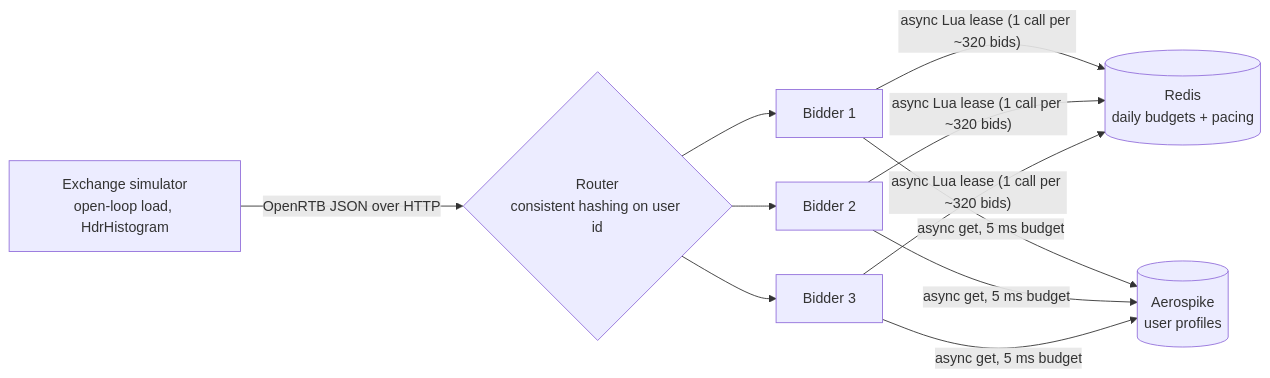
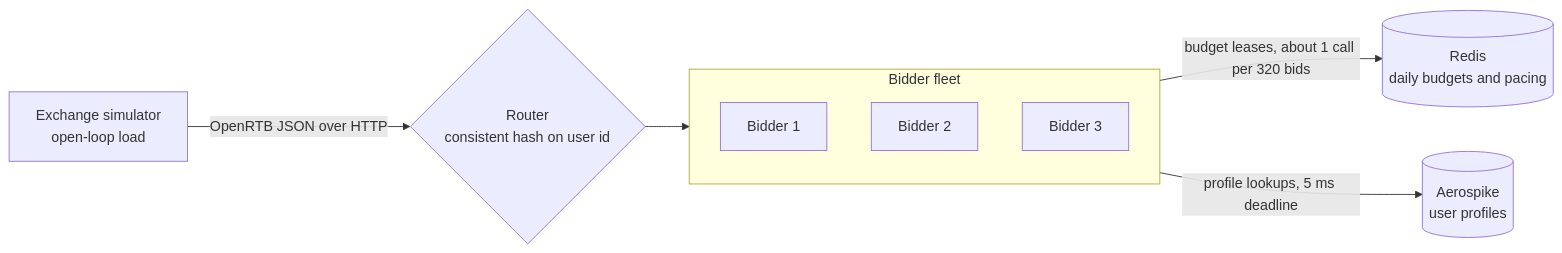
One commit to Sakshi3027/rtb-platform changed the diagram in README.md. Above: the diagram before and after it, drawn with Mermaid. The commit also changed other lines of this file, not shown here.

Commit message:
docs: simplify architecture diagram and fix README formatting

````diff
--- a/README.md
+++ b/README.md
@@ -22,9 +22,12 @@
 ```mermaid
 flowchart LR
-    SIM["Exchange simulator<br/>open-loop load, HdrHistogram"] -->|OpenRTB JSON over HTTP| LB{"Router<br/>consistent hashing on user id"}
-    LB --> B1["Bidder 1"]
-    LB --> B2["Bidder 2"]
-    LB --> B3["Bidder 3"]
-    B1 & B2 & B3 -->|"async Lua lease (1 call per ~320 bids)"| REDIS[("Redis<br/>daily budgets + pacing")]
-    B1 & B2 & B3 -->|"async get, 5 ms budget"| AERO[("Aerospike<br/>user profiles")]
+    SIM["Exchange simulator<br/>open-loop load"] -->|"OpenRTB JSON over HTTP"| LB{"Router<br/>consistent hash on user id"}
+    LB --> FLEET
+    subgraph FLEET["Bidder fleet"]
+        B1["Bidder 1"]
+        B2["Bidder 2"]
+        B3["Bidder 3"]
+    end
+    FLEET -->|"budget leases, about 1 call per 320 bids"| REDIS[("Redis<br/>daily budgets and pacing")]
+    FLEET -->|"profile lookups, 5 ms deadline"| AERO[("Aerospike<br/>user profiles")]
 ```
````
